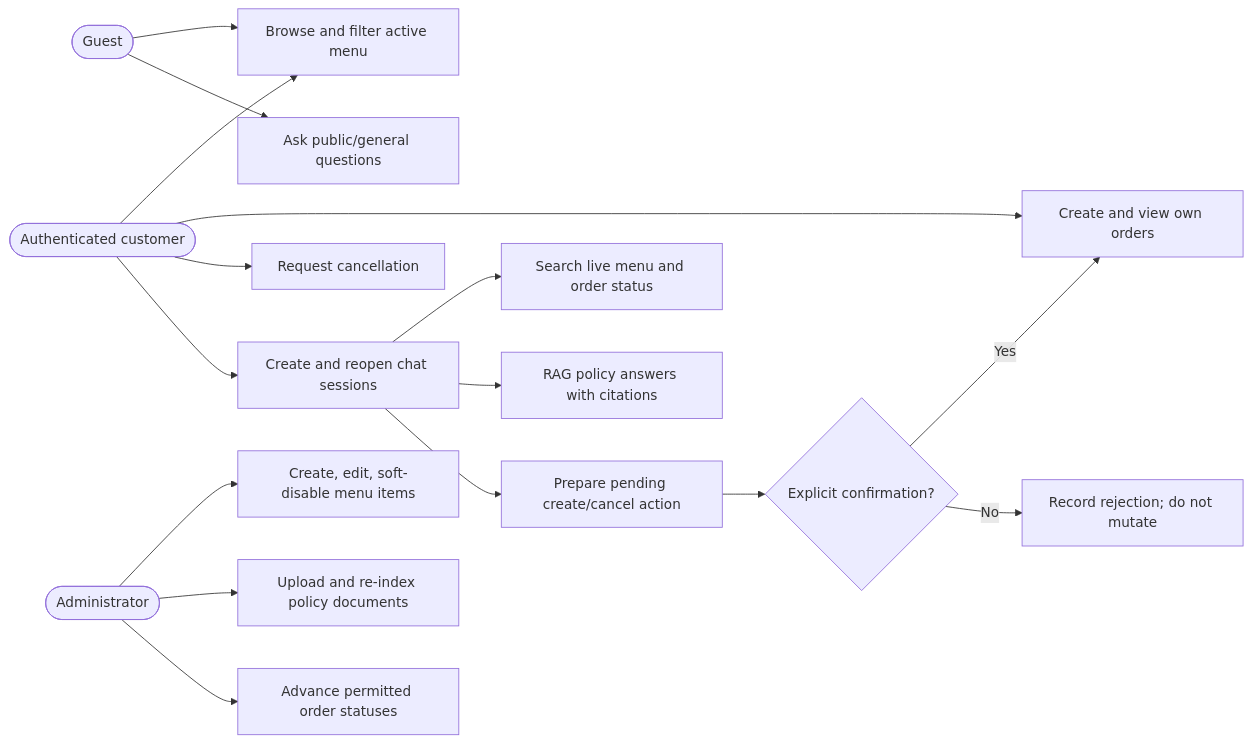
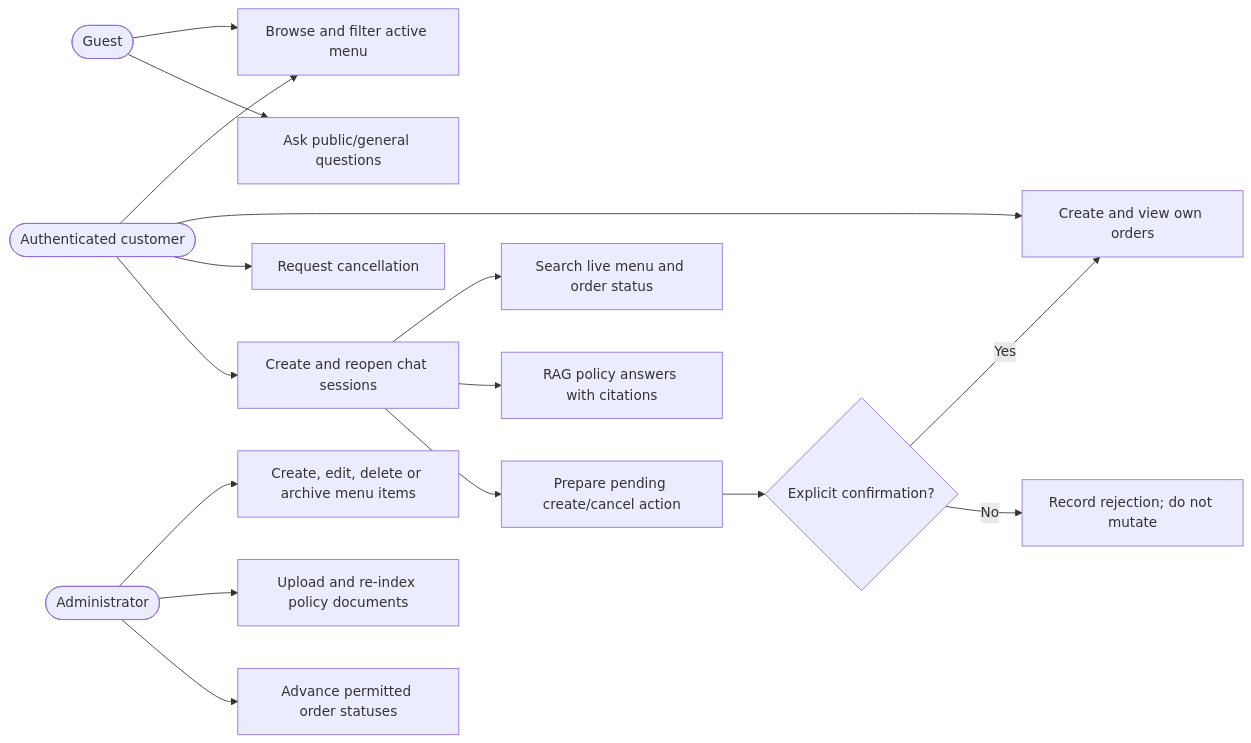
The second of 2 diagrams in Food-AI-Capstone-Project/docs/architecture.md (MrudulaHegde-7/CISCO-Full-Stack), drawn with Mermaid before and after one commit. The commit also changed 11 other files, not shown here.

````diff
--- a/Food-AI-Capstone-Project/docs/architecture.md
+++ b/Food-AI-Capstone-Project/docs/architecture.md
@@ -33,18 +33,18 @@
 ```mermaid
 flowchart LR
     Guest([Guest]) --> Browse[Browse and filter active menu]
     Guest --> PublicPolicy[Ask public/general questions]
     Customer([Authenticated customer]) --> Browse
     Customer --> Orders[Create and view own orders]
     Customer --> Cancel[Request cancellation]
     Customer --> Chat[Create and reopen chat sessions]
     Chat --> ReadTools[Search live menu and order status]
     Chat --> Policy[RAG policy answers with citations]
     Chat --> Pending[Prepare pending create/cancel action]
     Pending --> Confirm{Explicit confirmation?}
     Confirm -->|Yes| Orders
     Confirm -->|No| Reject[Record rejection; do not mutate]
-    Admin([Administrator]) --> Catalog[Create, edit, soft-disable menu items]
+    Admin([Administrator]) --> Catalog[Create, edit, delete or archive menu items]
     Admin --> Knowledge[Upload and re-index policy documents]
     Admin --> Status[Advance permitted order statuses]
 ```
````
